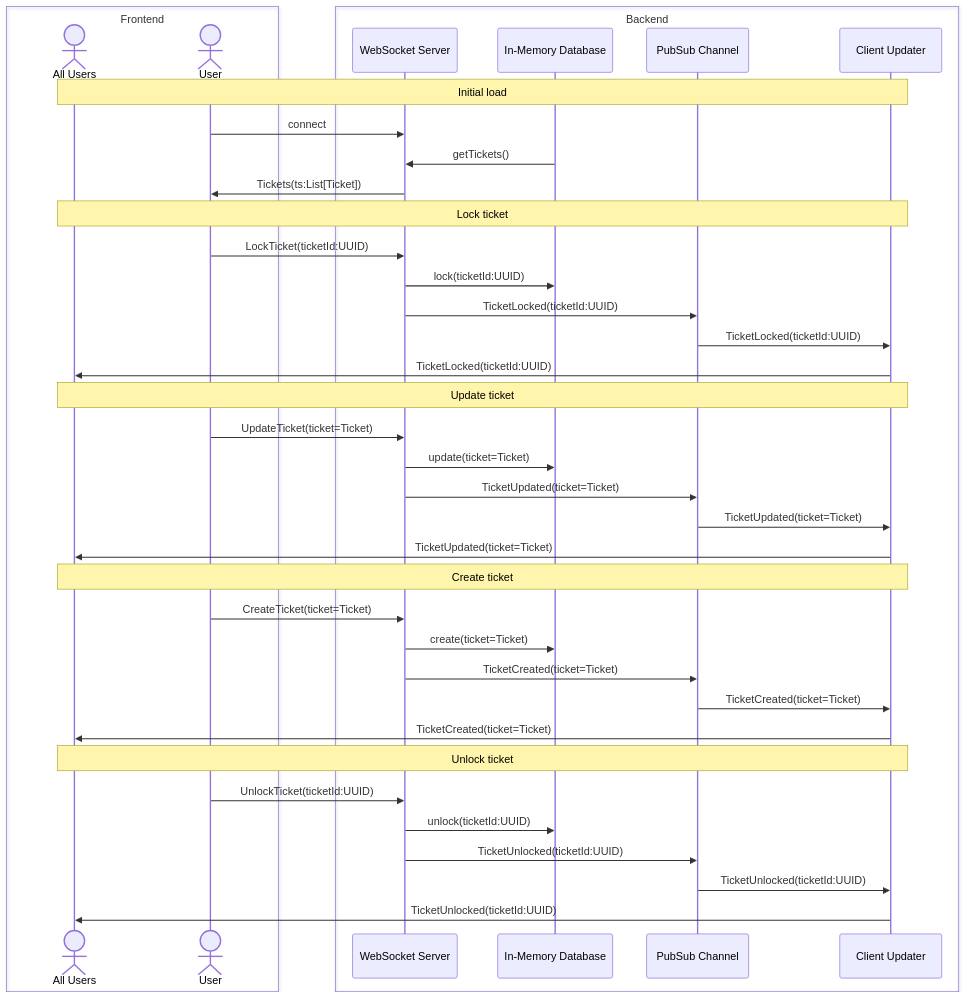
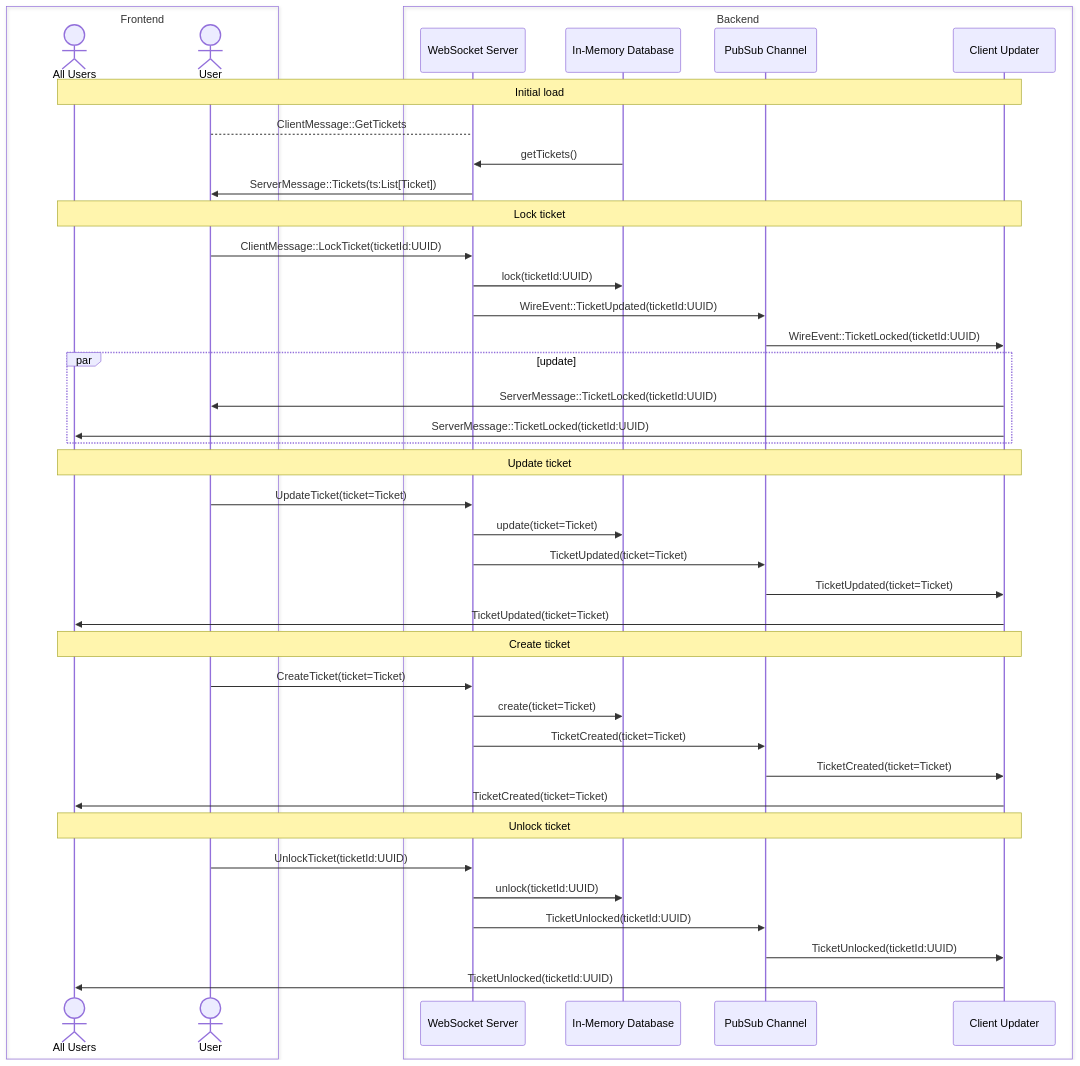
Before and after one commit to mtavkhelidze/les-billets: the diagram in readme.md, drawn with Mermaid. The commit also changed 9 other files, not shown here.

````diff
--- a/readme.md
+++ b/readme.md
@@ -14,41 +14,44 @@
 ```mermaid
 sequenceDiagram
     box Frontend
         actor all as All Users
         actor cl as User
     end
     box Backend
         participant ws as WebSocket Server
         participant db as In-Memory Database
-        participant ps as PubSub Channel
+        participant pubSub as PubSub Channel
         participant updater as Client Updater
     end
     note over all, updater: Initial load
-    cl ->> ws: connect
+    cl --> ws: ClientMessage::GetTickets
     db ->> ws: getTickets()
-    ws ->> cl: Tickets(ts:List[Ticket])
+    ws ->> cl: ServerMessage::Tickets(ts:List[Ticket])
     note over all, updater: Lock ticket
-    cl ->> ws: LockTicket(ticketId:UUID)
+    cl ->> ws: ClientMessage::LockTicket(ticketId:UUID)
     ws ->> db: lock(ticketId:UUID)
-    ws ->> ps: TicketLocked(ticketId:UUID)
-    ps ->> updater: TicketLocked(ticketId:UUID)
-    updater ->> all: TicketLocked(ticketId:UUID)
+    ws ->> pubSub: WireEvent::TicketUpdated(ticketId:UUID)
+    pubSub ->> updater: WireEvent::TicketLocked(ticketId:UUID)
+    par update
+        updater ->>  cl: ServerMessage::TicketLocked(ticketId:UUID)
+        updater ->> all: ServerMessage::TicketLocked(ticketId:UUID)
+    end
     note over all, updater: Update ticket
     cl ->> ws: UpdateTicket(ticket=Ticket)
     ws ->> db: update(ticket=Ticket)
-    ws ->> ps: TicketUpdated(ticket=Ticket)
-    ps ->> updater: TicketUpdated(ticket=Ticket)
+    ws ->> pubSub: TicketUpdated(ticket=Ticket)
+    pubSub ->> updater: TicketUpdated(ticket=Ticket)
     updater ->> all: TicketUpdated(ticket=Ticket)
     note over all, updater: Create ticket
     cl ->> ws: CreateTicket(ticket=Ticket)
     ws ->> db: create(ticket=Ticket)
-    ws ->> ps: TicketCreated(ticket=Ticket)
-    ps ->> updater: TicketCreated(ticket=Ticket)
+    ws ->> pubSub: TicketCreated(ticket=Ticket)
+    pubSub ->> updater: TicketCreated(ticket=Ticket)
     updater ->> all: TicketCreated(ticket=Ticket)
     note over all, updater: Unlock ticket
     cl ->> ws: UnlockTicket(ticketId:UUID)
     ws ->> db: unlock(ticketId:UUID)
-    ws ->> ps: TicketUnlocked(ticketId:UUID)
-    ps ->> updater: TicketUnlocked(ticketId:UUID)
+    ws ->> pubSub: TicketUnlocked(ticketId:UUID)
+    pubSub ->> updater: TicketUnlocked(ticketId:UUID)
     updater ->> all: TicketUnlocked(ticketId:UUID)
 ```
````
